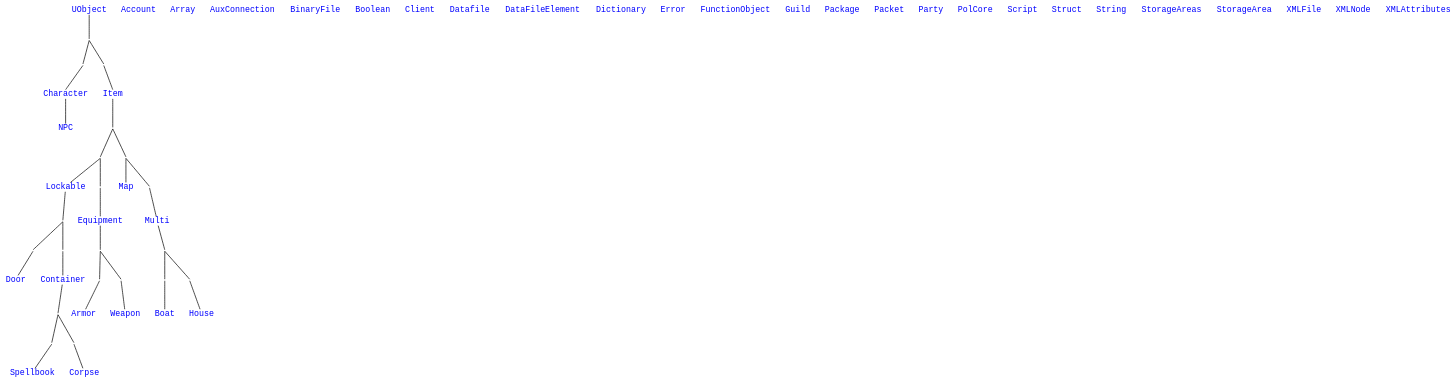
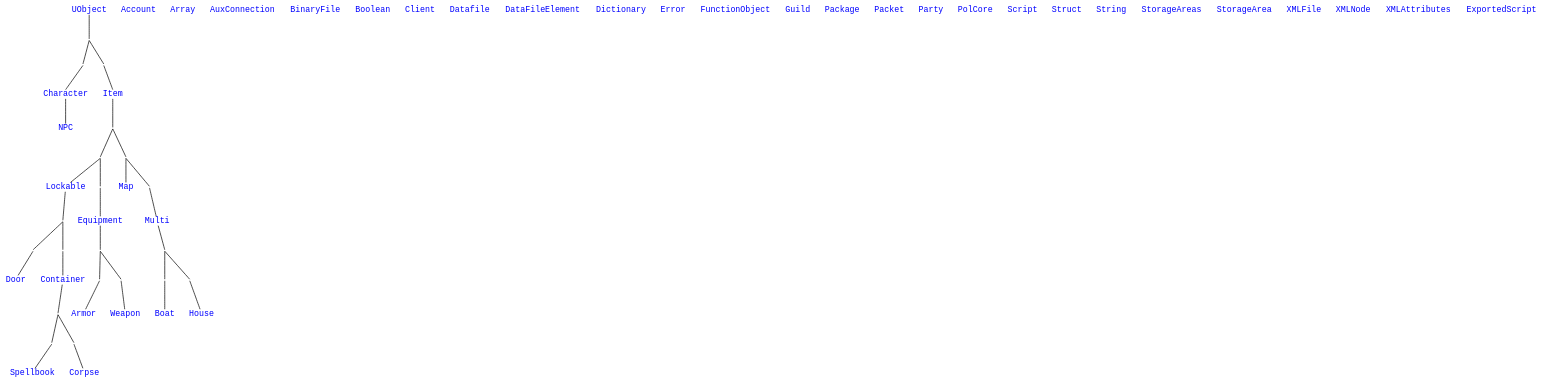
One commit to polserver/polserver changed the diagram in docs/docs.polserver.com/pol100/objref.dot. Above: the diagram before and after it, drawn with Graphviz. The commit also changed 82 other files, not shown here.

```diff
--- a/docs/docs.polserver.com/pol100/objref.dot
+++ b/docs/docs.polserver.com/pol100/objref.dot
@@ -1,107 +1,108 @@
 //To generate:
 //  dot -Kneato -Tsvg -o objref.svg objref.dot
 //  and remove DOCTYPE line at the beginning!
 
 graph {
 bgcolor="transparent"
 node [shape=plain fontname="monospace" fontsize=12 fontcolor="blue" target="_top"]
 splines=line
 
 uobject   [label="UObject"   href="#UObject"   pos="2.05,10!"]
 char      [label="Character" href="#Character" pos="1.35,9.4!"]
 item      [label="Item"      href="#Item"      pos="2.75,9.4!"]
 
 npc       [label="NPC"       href="#NPC"       pos="1.35,8.8!"]
 
 equipment [label="Equipment" href="#Equipment" pos="0.65,8.2!"]
 lockable  [label="Lockable"  href="#Lockable"  pos="2.05,8.2!"]
 map       [label="Map"       href="#Map"       pos="3.45,8.2!"]
 multi     [label="Multi"     href="#Multi"     pos="4.85,8.2!"]
 
 armor     [label="Armor"     href="#Armor"     pos="0.3,7.6!"]
 weapon    [label="Weapon"    href="#Weapon"    pos="1.0,7.6!"]
 door      [label="Door"      href="#Door"      pos="1.7,7.6!"]
 container [label="Container" href="#Container" pos="2.4,7.6!"]
 boat      [label="Boat"      href="#Boat"      pos="4.5,7.6!"]
 house     [label="House"     href="#House"     pos="5.2,7.6!"]
 
 spellbook [label="Spellbook" href="#Spellbook" pos="2.00,7!"]
 corpse    [label="Corpse"    href="#Corpse"    pos="2.8,7!"]
 
 // standalone
 account         [label="Account"    href="#Account" pos="4.85,10!"]
 array           [label="Array"      href="#Array"   pos="4.85,9.7!"]
 auxconnection [label="AuxConnection" href="#AuxConnection" pos="4.85,9.4!"]
 binaryfile      [label="BinaryFile" href="#BinaryFile" pos="4.85,9.1!"]
 boolean         [label="Boolean"    href="#Boolean" pos="4.85,8.8!"]
 
 client          [label="Client"     href="#Client"  pos="6.35,10!"]
 datafile        [label="Datafile"   href="#Datafile" pos="6.35,9.7!"]
 datafileelement [label="DataFileElement" href="#DataFileElement" pos="6.35,9.4!"]
 dictionary      [label="Dictionary" href="#Dictionary" pos="6.35,9.1!"]
 error           [label="Error"      href="#Error"    pos="6.35,8.8!"]
 functionobject [label="FunctionObject" href="#FunctionObject" pos="6.35,8.5!"]
 guild           [label="Guild"      href="#Guild"    pos="6.35,8.2!"]
 package         [label="Package"    href="#Package"  pos="6.35,7.9!"]
 packet          [label="Packet"     href="#Packet"   pos="6.35,7.6!"]
 party           [label="Party"      href="#Party"    pos="6.35,7.3!"]
 polcore         [label="PolCore"    href="#Polcore"  pos="6.35,7!"]
 
 script          [label="Script"     href="#Script"   pos="7.85,10!"]
 struct          [label="Struct"     href="#Struct"   pos="7.85,9.7!"]
 string          [label="String"     href="#String"   pos="7.85,9.4!"]
 storageareas  [label="StorageAreas" href="#StorageAreas" pos="7.85,9.1!"]
 storagearea   [label="StorageArea"  href="#StorageArea"  pos="7.85,8.8!"]
 xmlfile         [label="XMLFile"    href="#XMLFile"  pos="7.85,8.5!"]
 xmlnode         [label="XMLNode"    href="#XMLNode"  pos="7.85,8.2!"]
 xmlattributes [label="XMLAttributes" href="#XMLAttributes" pos="7.85,7.9!"]
+exportedscript  [label="ExportedScript" href="#ExportedScript" pos="7.85,7.6!"]
 
 {
 node [width=0, shape=point, style=invis];
 0  [pos="2.05,9.7!"] // uobject
 1  [pos="1.35,9.7!"]
 2  [pos="2.75,9.7!"]
 3  [pos="2.75,8.5!"] // item
 4  [pos="0.65,8.5!"]
 5  [pos="2.05,8.5!"]
 6  [pos="3.45,8.5!"]
 7  [pos="4.85,8.5!"]
 8  [pos="0.65,7.9!"] // equipment
 9  [pos="0.3,7.9!"]
 10 [pos="1,7.9!"]
 11 [pos="2.05,7.9!"] //lockable
 12 [pos="1.7,7.9!"]
 13 [pos="2.4,7.9!"]
 14 [pos="4.85,7.9!"] //multi
 15 [pos="4.5,7.9!"]
 16 [pos="5.2,7.9!"]
 17 [pos="2.4,7.3!"] //container
 18 [pos="2,7.3!"]
 19 [pos="2.8,7.3!"]
 }
 
 uobject:s -- 0 -- {1,2}
 1 -- char:n
 2 -- item:n
 char -- npc
 item -- 3
 3 -- {5,6}
 5 -- 4
 6 -- 7
 4 -- equipment
 5 -- lockable
 6 -- map
 7 -- multi
 equipment -- 8 -- {9,10}
 9 -- armor
 10 -- weapon
 lockable -- 11 -- {12,13}
 12 -- door
 13 -- container
 multi -- 14 -- {15,16}
 15 -- boat
 16 -- house
 container -- 17 -- {18,19}
 18 -- spellbook
 19 -- corpse
 }
```
